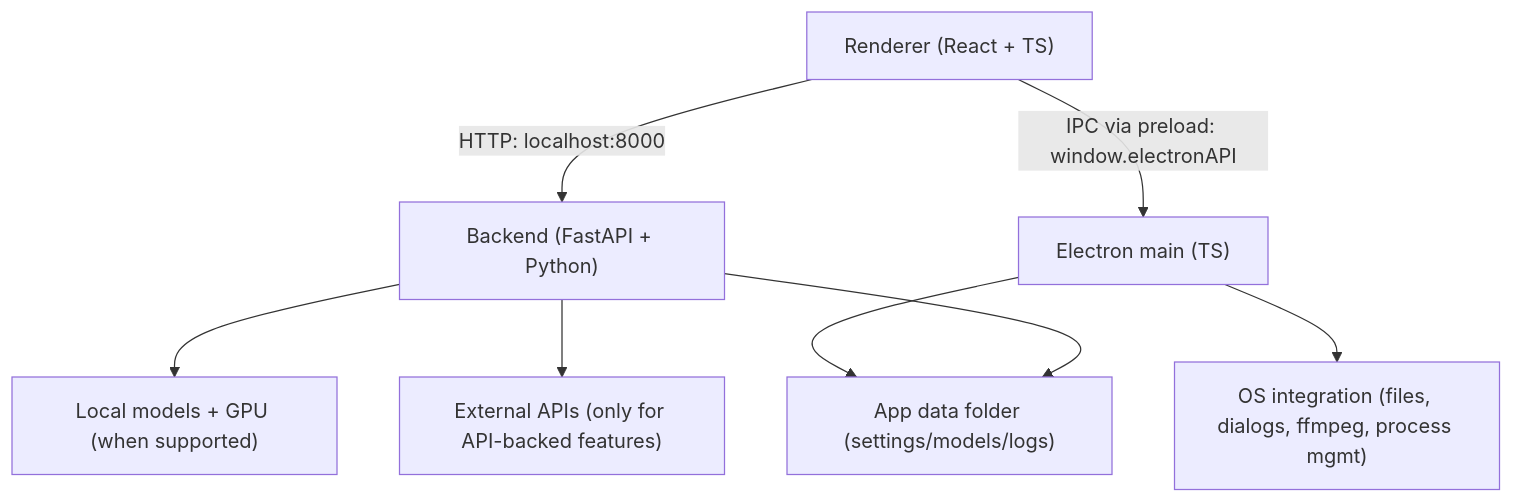
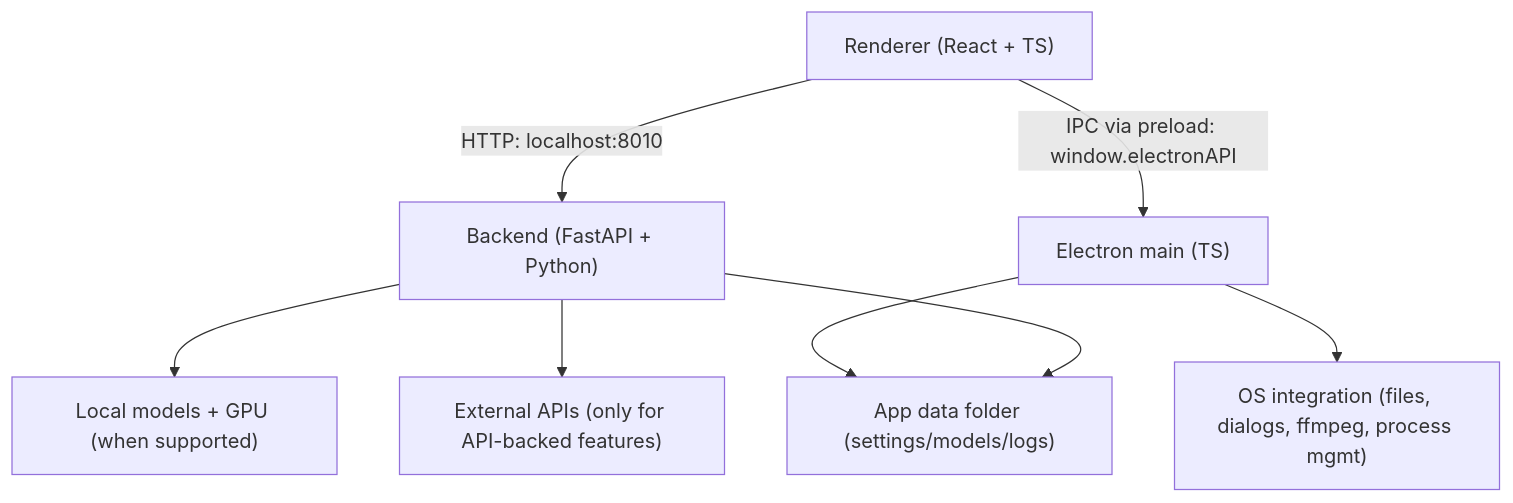
The diagram in README.md (audiohacking/LTX-Desktop-MPS), drawn with Mermaid before and after one commit. The commit also changed other lines of this file and 43 other files, not shown here.

````diff
--- a/README.md
+++ b/README.md
@@ -119,10 +123,10 @@
 ```mermaid
 graph TD
-  UI["Renderer (React + TS)"] -->|HTTP: localhost:8000| BE["Backend (FastAPI + Python)"]
+  UI["Renderer (React + TS)"] -->|HTTP: localhost:8010| BE["Backend (FastAPI + Python)"]
   UI -->|IPC via preload: window.electronAPI| EL["Electron main (TS)"]
   EL --> OS["OS integration (files, dialogs, ffmpeg, process mgmt)"]
   BE --> GPU["Local models + GPU (when supported)"]
   BE --> EXT["External APIs (only for API-backed features)"]
   EL --> DATA["App data folder (settings/models/logs)"]
   BE --> DATA
 ```
````
